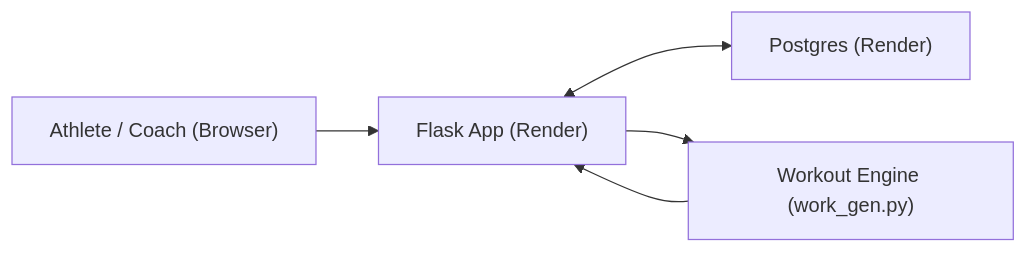
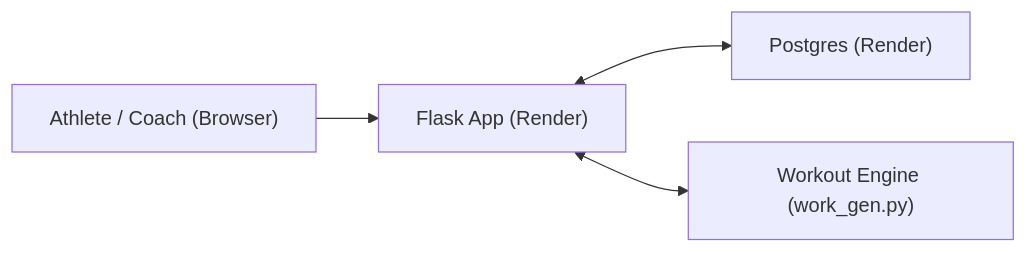
One commit to dpellinen-mscs/workout-generator changed the diagram in README.md. Above: the diagram before and after it, drawn with Mermaid.

````diff
--- a/README.md
+++ b/README.md
@@ -35,7 +35,6 @@
 ```mermaid
 flowchart LR
   U["Athlete / Coach (Browser)"] --> W["Flask App (Render)"]
   W <--> D["Postgres (Render)"]
-  W --> G["Workout Engine (work_gen.py)"]
-  G --> W
+  W <--> G["Workout Engine (work_gen.py)"]
 ```
````
